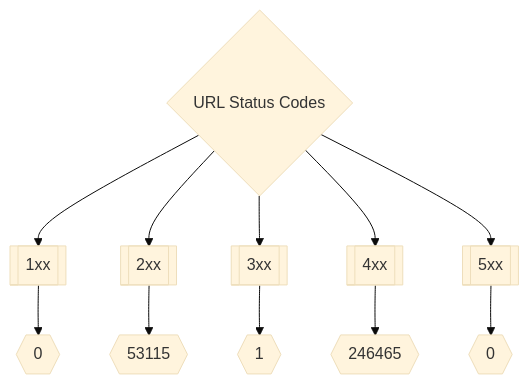
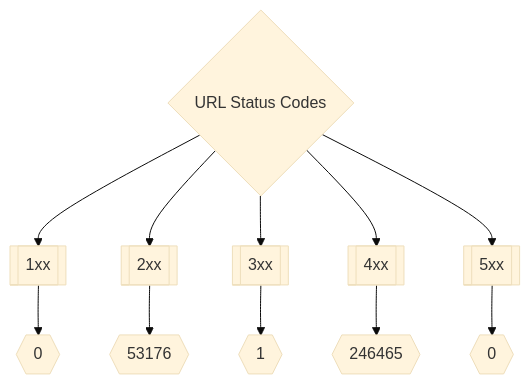
The second of 3 diagrams in README.md (trickest/inventory), drawn with Mermaid (base theme) before and after one commit. The commit also changed other lines of this file, not shown here.

````diff
--- a/README.md
+++ b/README.md
@@ -173,8 +173,8 @@
 ```mermaid
 graph TD
 title{URL Status Codes} --> 1xx[[1xx]] --> status1xxNum{{0}}
-title --> 2xx[[2xx]] --> status2xxNum{{53115}}
+title --> 2xx[[2xx]] --> status2xxNum{{53176}}
 title --> 3xx[[3xx]] --> status3xxNum{{1}}
 title --> 4xx[[4xx]] --> status4xxNum{{246465}}
 title --> 5xx[[5xx]] --> status5xxNum{{0}}
 ```
````
